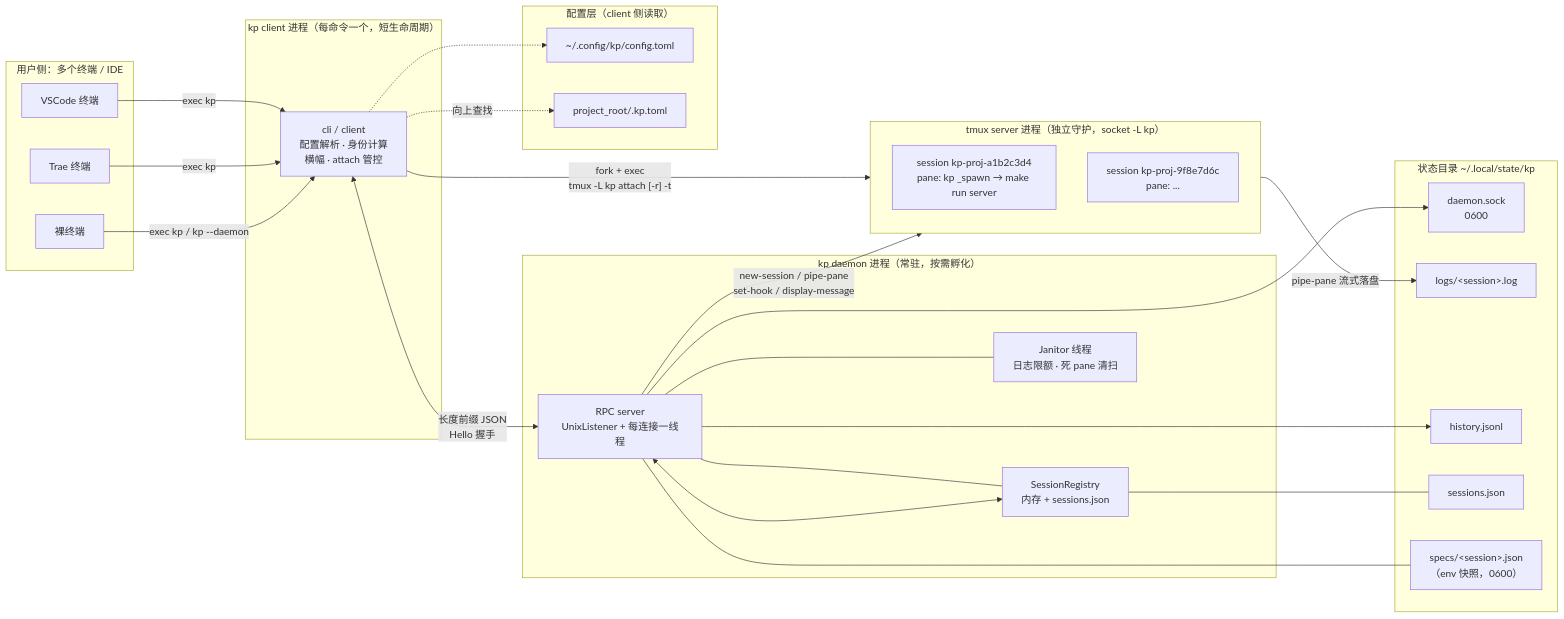
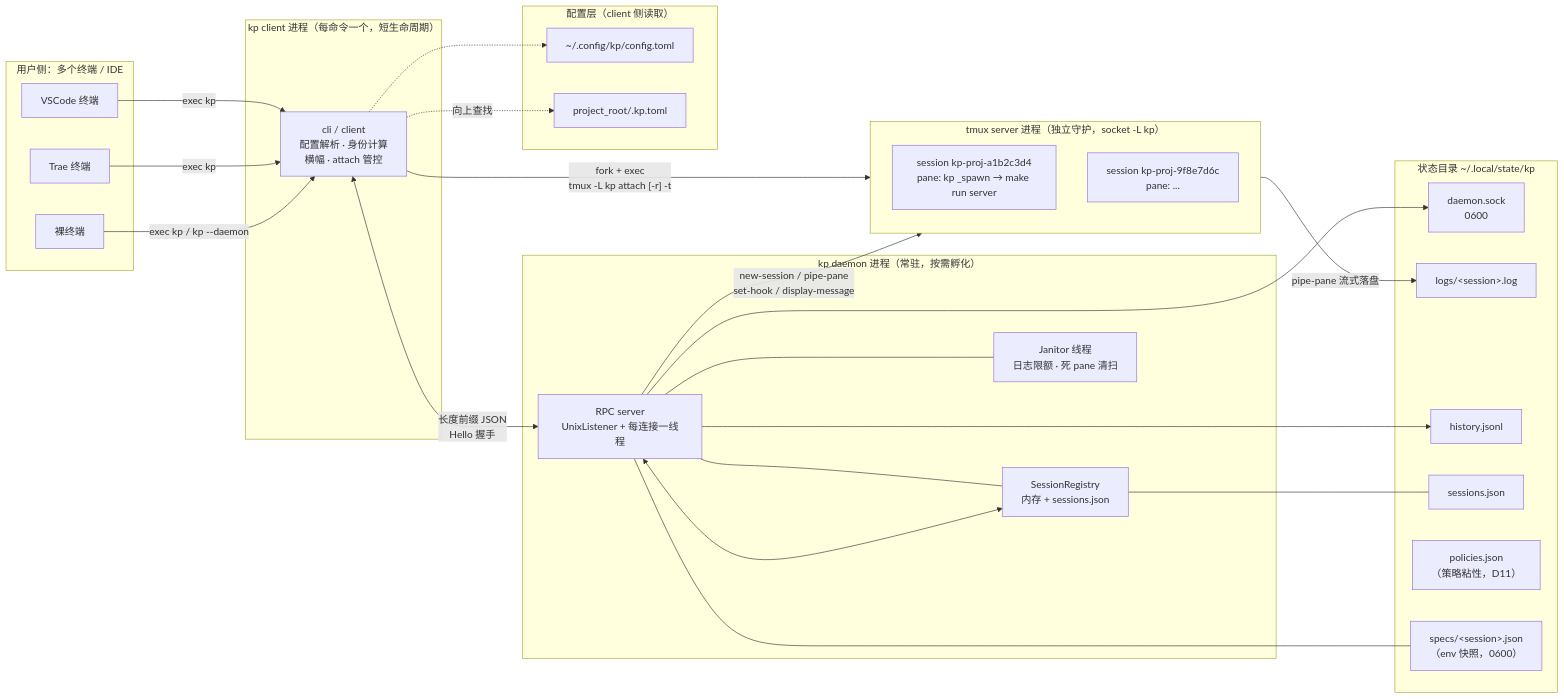
Before and after one commit to x007007007/kp: the first of 8 diagrams in docs/05-architecture.md, drawn with Mermaid. The commit also changed other lines of this file and 14 other files, not shown here.

````diff
--- a/docs/05-architecture.md
+++ b/docs/05-architecture.md
@@ -23,53 +23,54 @@
 ```mermaid
 flowchart LR
     subgraph U["用户侧：多个终端 / IDE"]
         T1["VSCode 终端"]
         T2["Trae 终端"]
         T3["裸终端"]
     end
 
     subgraph KC["kp client 进程（每命令一个，短生命周期）"]
         C["cli / client<br/>配置解析 · 身份计算<br/>横幅 · attach 管控"]
     end
 
     subgraph KD["kp daemon 进程（常驻，按需孵化）"]
         D["RPC server<br/>UnixListener + 每连接一线程"]
         R["SessionRegistry<br/>内存 + sessions.json"]
         J["Janitor 线程<br/>日志限额 · 死 pane 清扫"]
         D --- R
         D --- J
     end
 
     subgraph TX["tmux server 进程（独立守护，socket -L kp）"]
         S1["session kp-proj-a1b2c3d4<br/>pane: kp _spawn → make run server"]
         S2["session kp-proj-9f8e7d6c<br/>pane: ..."]
     end
 
     subgraph ST["状态目录 ~/.local/state/kp"]
         SO["daemon.sock<br/>0600"]
         LG["logs/&lt;session&gt;.log"]
         HJ["history.jsonl"]
         SJ["sessions.json"]
+        PJ["policies.json<br/>（策略粘性，D11）"]
         SP["specs/&lt;session&gt;.json<br/>（env 快照，0600）"]
     end
 
     subgraph CF["配置层（client 侧读取）"]
         G["~/.config/kp/config.toml"]
         P["project_root/.kp.toml"]
     end
 
     T1 -->|"exec kp"| C
     T2 -->|"exec kp"| C
     T3 -->|"exec kp / kp --daemon"| C
     C <-->|"长度前缀 JSON<br/>Hello 握手"| D
     C -->|"fork + exec<br/>tmux -L kp attach [-r] -t"| TX
     D -->|"new-session / pipe-pane<br/>set-hook / display-message"| TX
     D <--> R
     D --> SO
     R --- SJ
     D --> HJ
     D --- SP
     TX -->|"pipe-pane 流式落盘"| LG
     C -.->|"向上查找"| P
     C -.-> G
 ```
````
